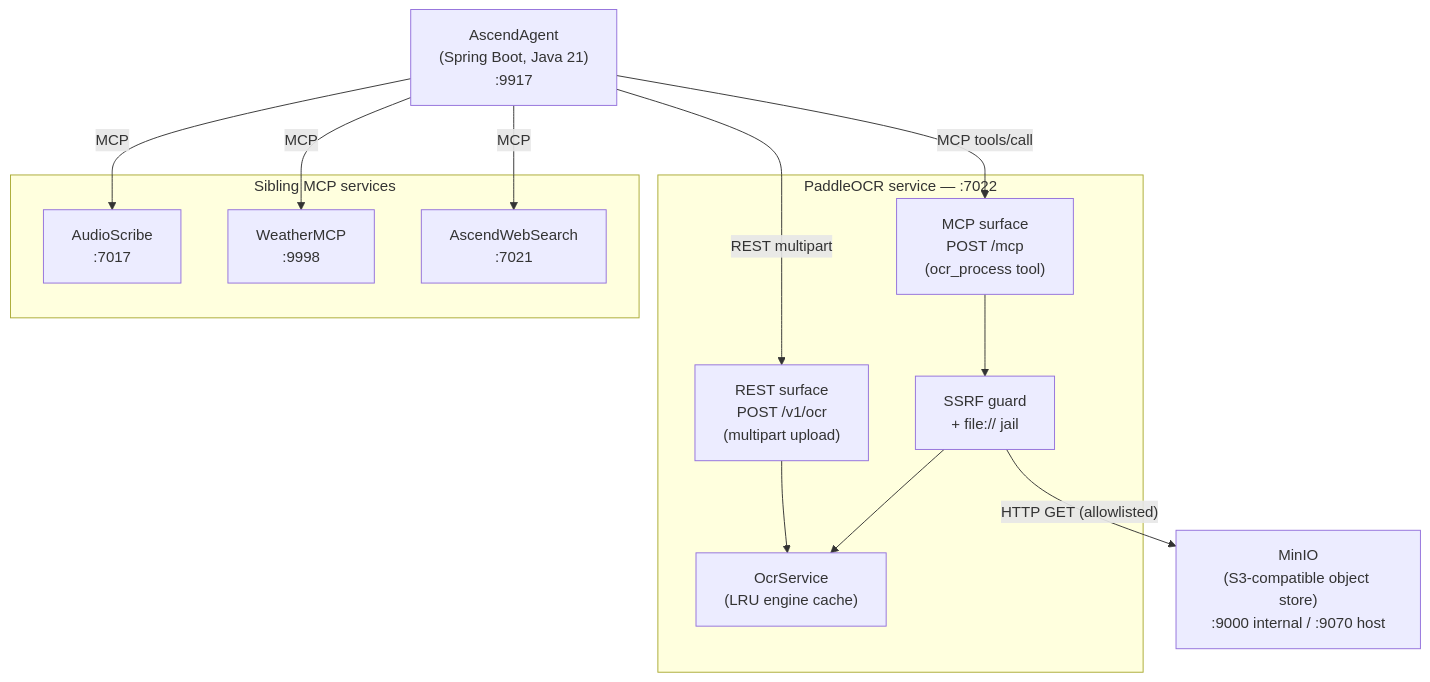
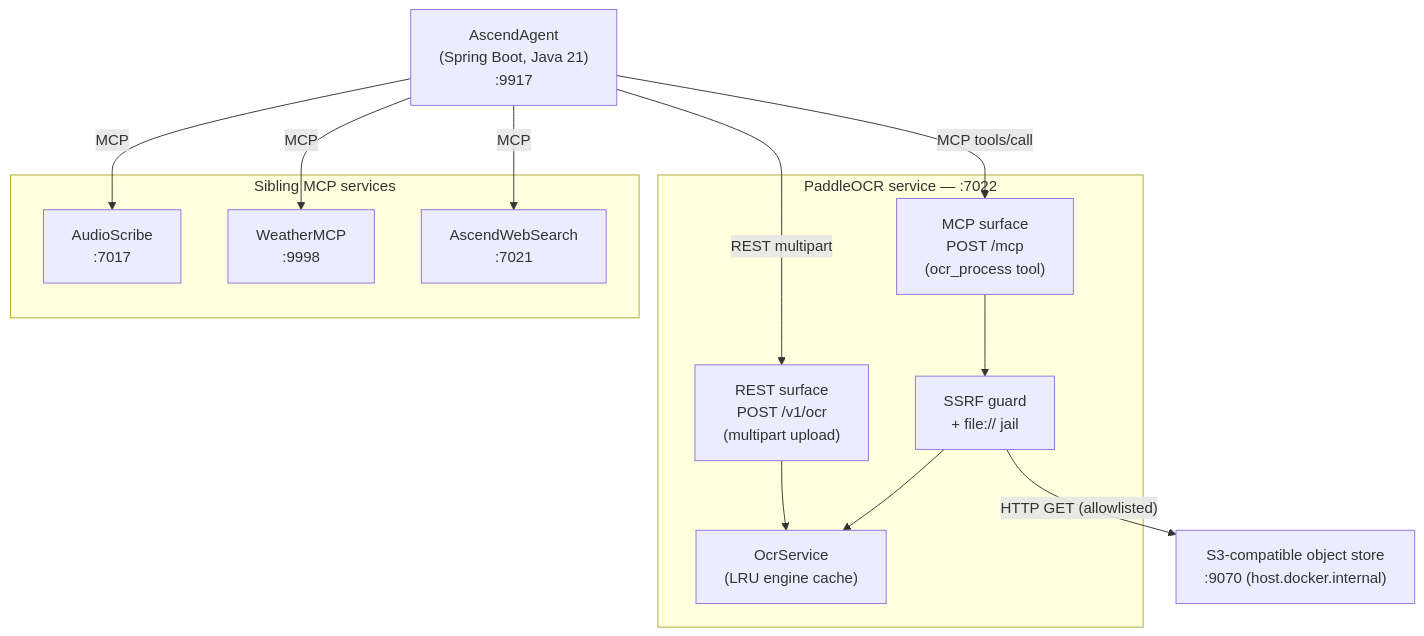
One commit to Lukk17/AscendAI changed the first of 2 diagrams in PaddleOCR/docs/architecture/diagrams/container-diagram.md. Above: the diagram before and after it, drawn with Mermaid. The commit also changed other lines of this file and 207 other files, not shown here.

First line of the commit message:
feat(storage): replace MinIO with Floci as the local object store

````diff
--- a/PaddleOCR/docs/architecture/diagrams/container-diagram.md
+++ b/PaddleOCR/docs/architecture/diagrams/container-diagram.md
@@ -7,31 +7,31 @@
 ```mermaid
 graph TB
     accTitle: PaddleOCR C4 Container Diagram
     accDescr: Shows PaddleOCR's position in the AscendAI platform, its callers, and its downstream dependencies.
 
     Agent["AscendAgent<br/>(Spring Boot, Java 21)<br/>:9917"]
-    MinIO["MinIO<br/>(S3-compatible object store)<br/>:9000 internal / :9070 host"]
+    ObjectStore["S3-compatible object store<br/>:9070 (host.docker.internal)"]
 
     subgraph "PaddleOCR service — :7022"
         REST["REST surface<br/>POST /v1/ocr<br/>(multipart upload)"]
         MCP["MCP surface<br/>POST /mcp<br/>(ocr_process tool)"]
         OCRSvc["OcrService<br/>(LRU engine cache)"]
         Guard["SSRF guard<br/>+ file:// jail"]
     end
 
     subgraph "Sibling MCP services"
         AudioScribe["AudioScribe<br/>:7017"]
         WeatherMCP["WeatherMCP<br/>:9998"]
         WebSearch["AscendWebSearch<br/>:7021"]
     end
 
     Agent -->|"MCP tools/call"| MCP
     Agent -->|"REST multipart"| REST
     REST --> OCRSvc
     MCP --> Guard
-    Guard -->|"HTTP GET (allowlisted)"| MinIO
+    Guard -->|"HTTP GET (allowlisted)"| ObjectStore
     Guard --> OCRSvc
     Agent -->|"MCP"| AudioScribe
     Agent -->|"MCP"| WeatherMCP
     Agent -->|"MCP"| WebSearch
 ```
````
